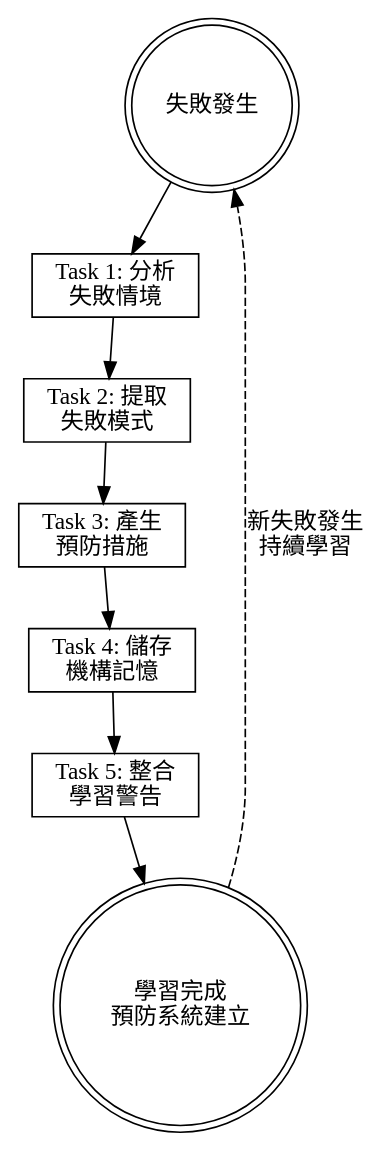
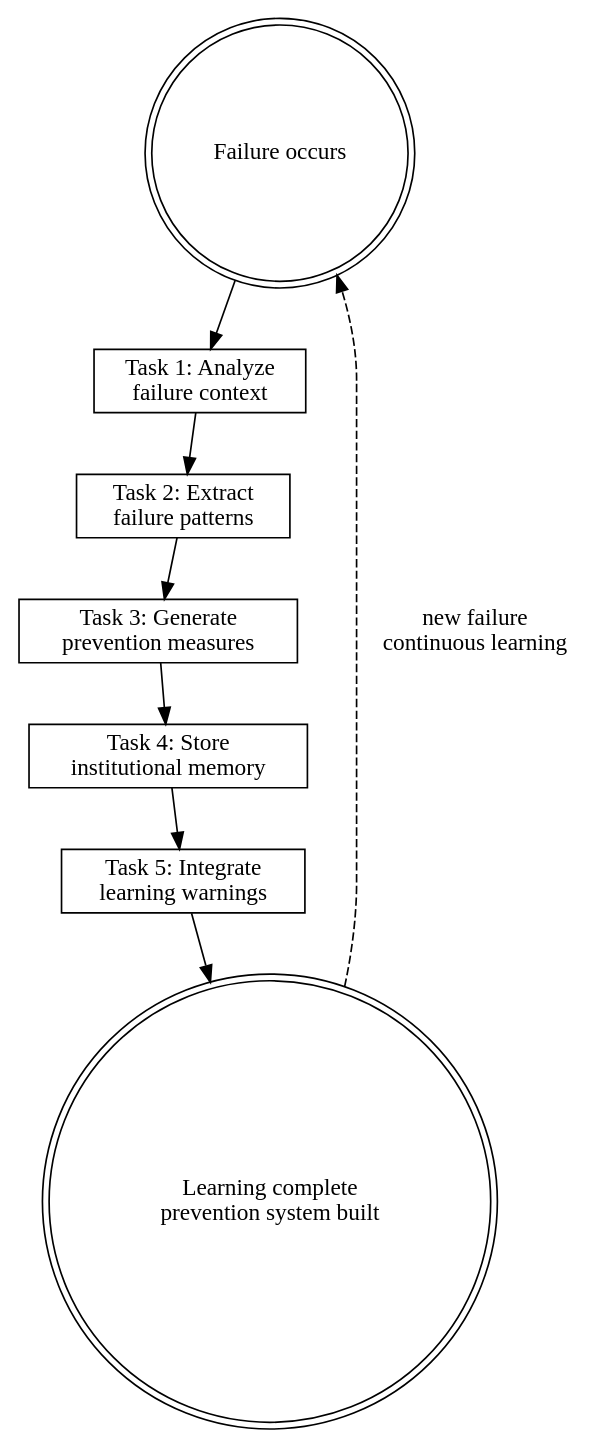
Before and after one commit to wayne930242/Reflexive-Claude-Code: the diagram in plugins/rcc/skills/learning-from-failures/SKILL.md, drawn with Graphviz. The commit also changed other lines of this file and 20 other files, not shown here.

First line of the commit message:
feat: v10.8.0 — three-layer model architecture, YAML reviewer output, implementer capability analysis

````diff
--- a/plugins/rcc/skills/learning-from-failures/SKILL.md
+++ b/plugins/rcc/skills/learning-from-failures/SKILL.md
@@ -186,23 +211,23 @@
 ```dot
 digraph learning_from_failures {
     rankdir=TB;
-    
-    start [label="失敗發生", shape=doublecircle];
-    analyze [label="Task 1: 分析\n失敗情境", shape=box];
-    extract [label="Task 2: 提取\n失敗模式", shape=box];
-    prevent [label="Task 3: 產生\n預防措施", shape=box];
-    store [label="Task 4: 儲存\n機構記憶", shape=box];
-    integrate [label="Task 5: 整合\n學習警告", shape=box];
-    done [label="學習完成\n預防系統建立", shape=doublecircle];
-    
+
+    start [label="Failure occurs", shape=doublecircle];
+    analyze [label="Task 1: Analyze\nfailure context", shape=box];
+    extract [label="Task 2: Extract\nfailure patterns", shape=box];
+    prevent [label="Task 3: Generate\nprevention measures", shape=box];
+    store [label="Task 4: Store\ninstitutional memory", shape=box];
+    integrate [label="Task 5: Integrate\nlearning warnings", shape=box];
+    done [label="Learning complete\nprevention system built", shape=doublecircle];
+
     start -> analyze;
     analyze -> extract;
-    extract -> prevent; 
+    extract -> prevent;
     prevent -> store;
     store -> integrate;
     integrate -> done;
-    
+
     // Feedback loop
-    done -> start [label="新失敗發生\n持續學習", style=dashed];
+    done -> start [label="new failure\ncontinuous learning", style=dashed];
 }
 ```
````
